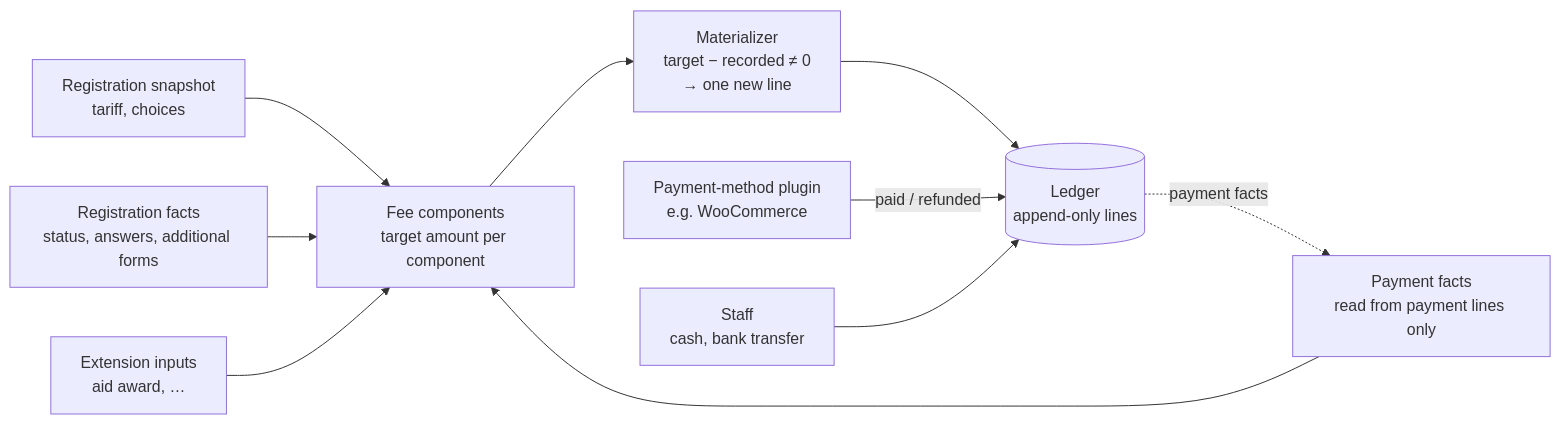
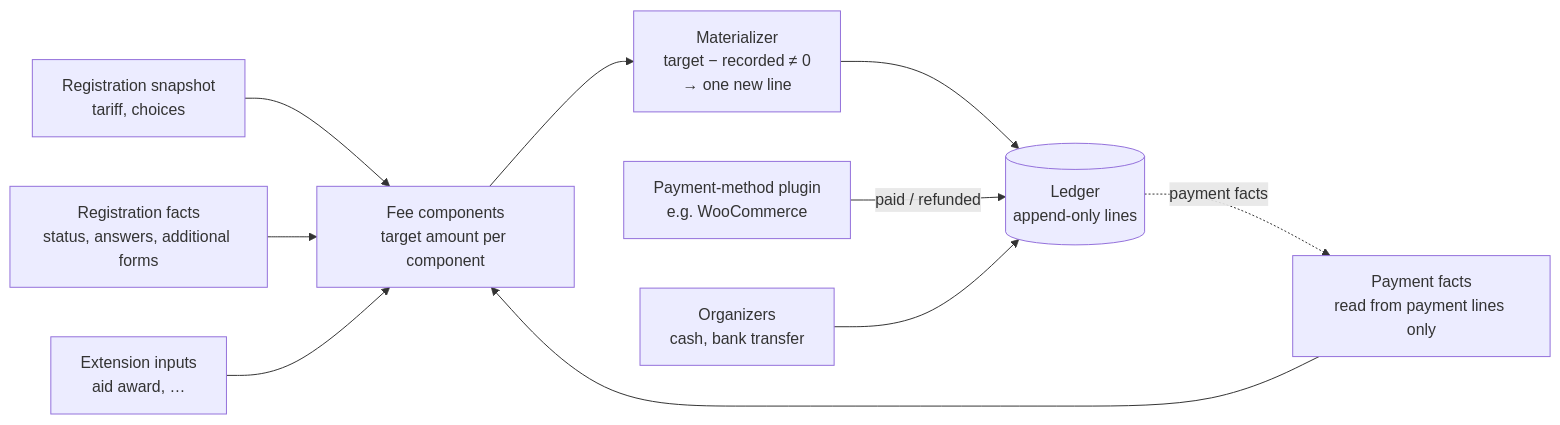
The fifth of 7 diagrams in docs/architecture.md (reformatus/kalaka), drawn with Mermaid before and after one commit. The commit also changed other lines of this file and 3 other files, not shown here.

````diff
--- a/docs/architecture.md
+++ b/docs/architecture.md
@@ -365,12 +380,12 @@
 ```mermaid
 flowchart LR
   S["Registration snapshot<br/>tariff, choices"] --> R
   F["Registration facts<br/>status, answers, additional forms"] --> R
   X["Extension inputs<br/>aid award, …"] --> R
   PF["Payment facts<br/>read from payment lines only"] --> R
   R["Fee components<br/>target amount per component"] --> MZ["Materializer<br/>target − recorded ≠ 0<br/>→ one new line"]
   MZ --> L[("Ledger<br/>append-only lines")]
   PM["Payment-method plugin<br/>e.g. WooCommerce"] -->|"paid / refunded"| L
-  ST["Staff<br/>cash, bank transfer"] --> L
+  ST["Organizers<br/>cash, bank transfer"] --> L
   L -. "payment facts" .-> PF
 ```
````
